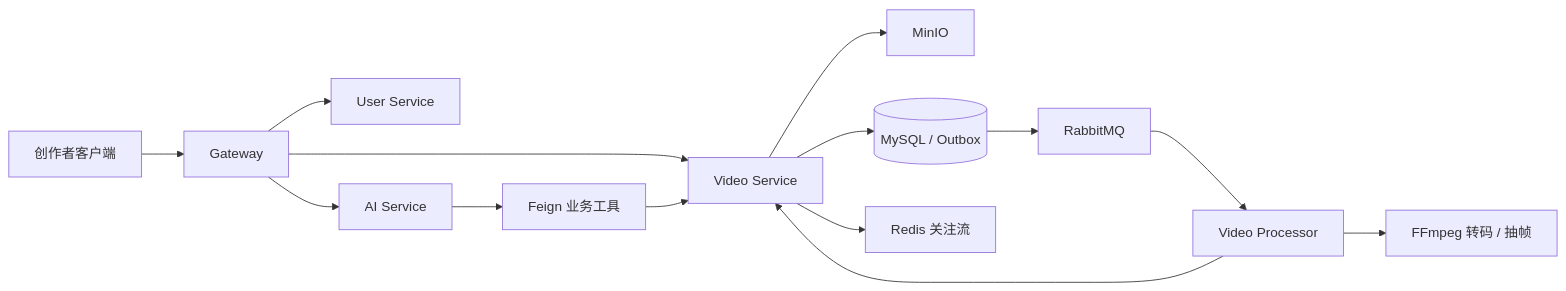
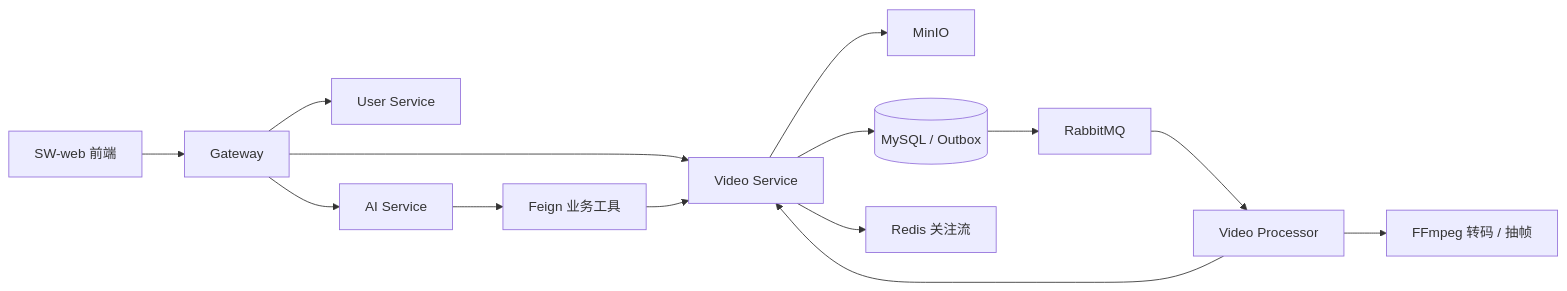
Before and after one commit to Yakuso234/SW: the diagram in README.md, drawn with Mermaid. The commit also changed other lines of this file and 1 other file, not shown here.

````diff
--- a/README.md
+++ b/README.md
@@ -9,16 +9,16 @@
 ```mermaid
 flowchart LR
-    C["创作者客户端"] --> G["Gateway"]
+    C["SW-web 前端"] --> G["Gateway"]
     G --> U["User Service"]
     G --> V["Video Service"]
     V --> M["MinIO"]
     V --> D[("MySQL / Outbox")]
     D --> Q["RabbitMQ"]
     Q --> P["Video Processor"]
     P --> F["FFmpeg 转码 / 抽帧"]
     P --> V
     V --> R["Redis 关注流"]
     G --> A["AI Service"]
     A --> T["Feign 业务工具"]
     T --> V
 ```
````
